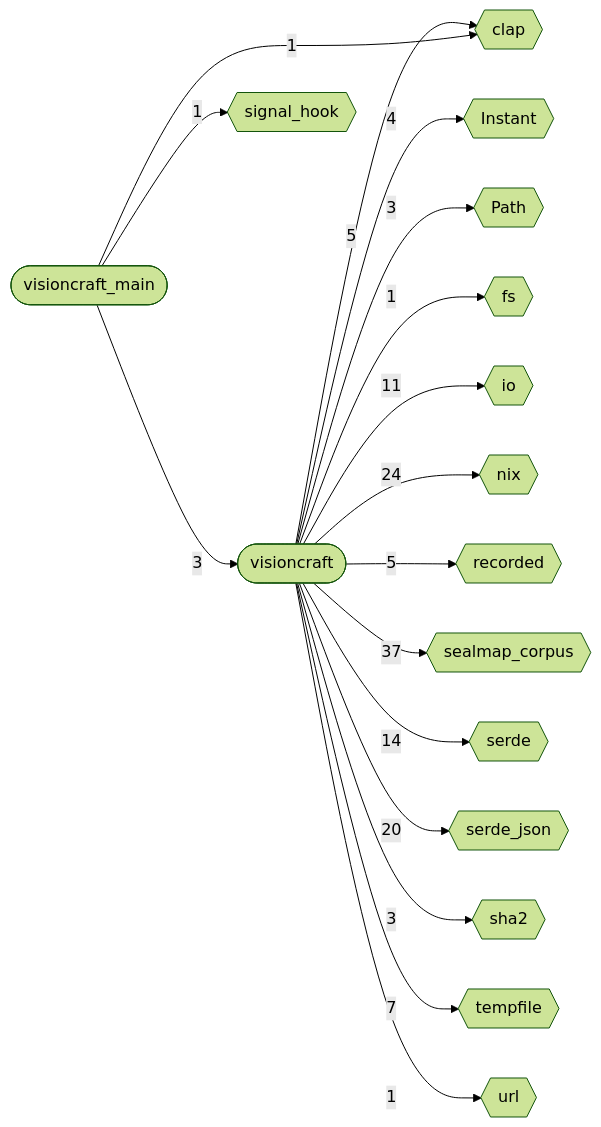
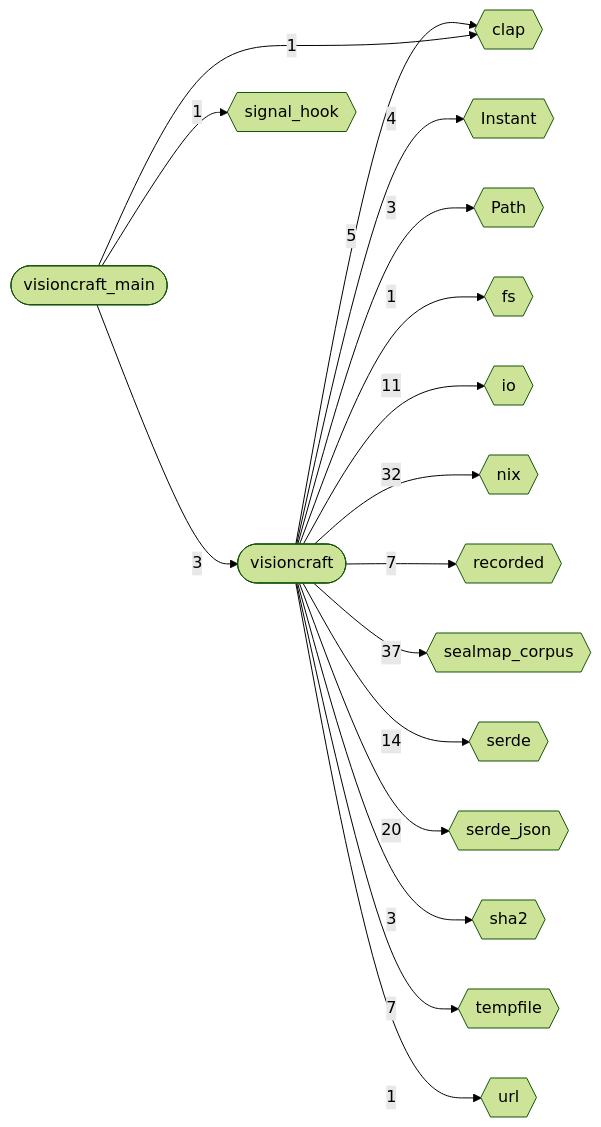
Before and after one commit to DreamLab-AI/visioncraft: the first of 3 diagrams in docs/diagrams/generated/_overview.md, drawn with Mermaid (forest theme). The commit also changed other lines of this file and 10 other files, not shown here.

Commit message:
Verify final release architecture and refresh generated diagrams

````diff
--- a/docs/diagrams/generated/_overview.md
+++ b/docs/diagrams/generated/_overview.md
@@ -10,35 +10,35 @@
 ```mermaid
 flowchart LR
   visioncraft(["visioncraft"])
   visioncraft_main(["visioncraft_main"])
   Instant{{"Instant"}}
   Path{{"Path"}}
   clap{{"clap"}}
   fs{{"fs"}}
   io{{"io"}}
   nix{{"nix"}}
   recorded{{"recorded"}}
   sealmap_corpus{{"sealmap_corpus"}}
   serde{{"serde"}}
   serde_json{{"serde_json"}}
   sha2{{"sha2"}}
   signal_hook{{"signal_hook"}}
   tempfile{{"tempfile"}}
   url{{"url"}}
   visioncraft -->|"4"| Instant
   visioncraft -->|"3"| Path
   visioncraft -->|"5"| clap
   visioncraft -->|"1"| fs
   visioncraft -->|"11"| io
-  visioncraft -->|"24"| nix
-  visioncraft -->|"5"| recorded
+  visioncraft -->|"32"| nix
+  visioncraft -->|"7"| recorded
   visioncraft -->|"37"| sealmap_corpus
   visioncraft -->|"14"| serde
   visioncraft -->|"20"| serde_json
   visioncraft -->|"3"| sha2
   visioncraft -->|"7"| tempfile
   visioncraft -->|"1"| url
   visioncraft_main -->|"1"| clap
   visioncraft_main -->|"1"| signal_hook
   visioncraft_main -->|"3"| visioncraft
 ```
````
